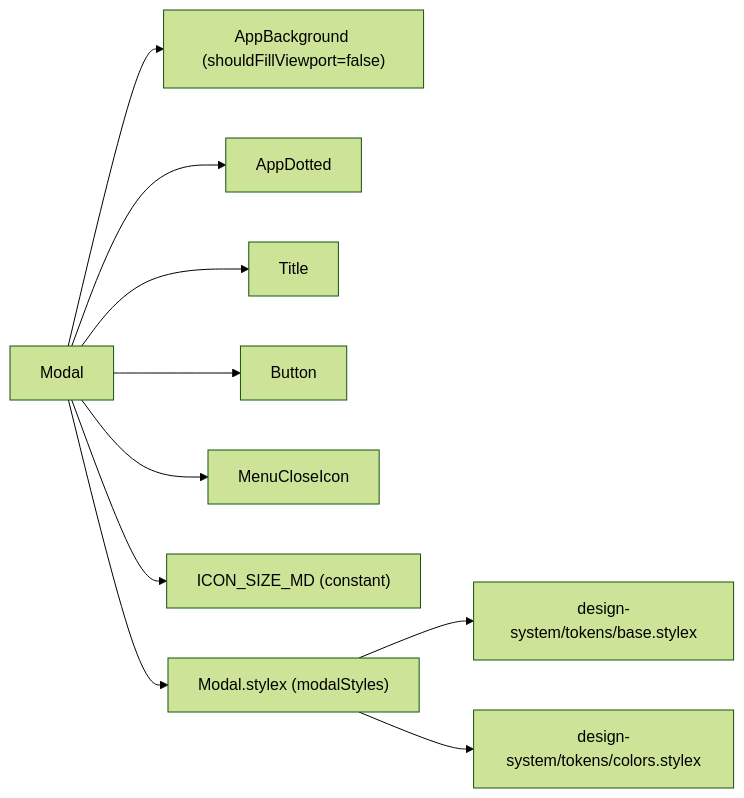
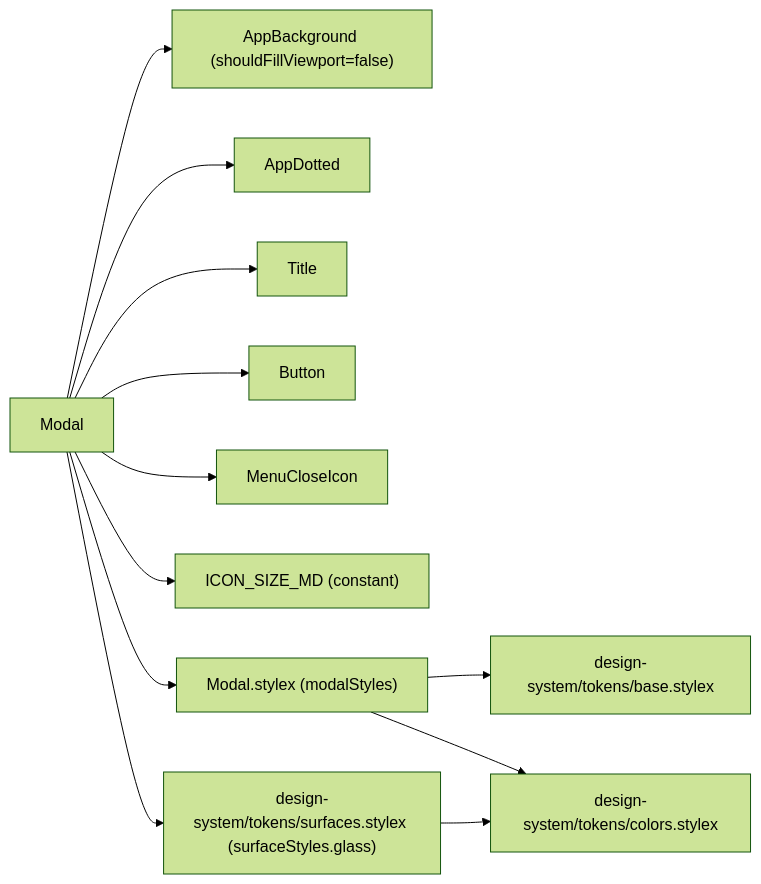
One commit to luciocabrera/lcabrera-stack changed the first of 3 diagrams in packages/ui/src/components/Modal/ARCHITECTURE.md. Above: the diagram before and after it, drawn with Mermaid (forest theme). The commit also changed other lines of this file and 8 other files, not shown here.

First line of the commit message:
feat(ui): shared glass surface recipe + tokenized gradient (Modal refactor)

````diff
--- a/packages/ui/src/components/Modal/ARCHITECTURE.md
+++ b/packages/ui/src/components/Modal/ARCHITECTURE.md
@@ -18,12 +18,14 @@
 ```mermaid
 graph LR
   Modal --> AppBackground["AppBackground (shouldFillViewport=false)"]
   Modal --> AppDotted
   Modal --> Title
   Modal --> Button
   Modal --> MenuCloseIcon
   Modal --> ICON_SIZE_MD["ICON_SIZE_MD (constant)"]
   Modal --> Modal_stylex["Modal.stylex (modalStyles)"]
+  Modal --> surfaces["design-system/tokens/surfaces.stylex (surfaceStyles.glass)"]
   Modal_stylex --> base_tokens["design-system/tokens/base.stylex"]
   Modal_stylex --> colors["design-system/tokens/colors.stylex"]
+  surfaces --> colors
 ```
````
